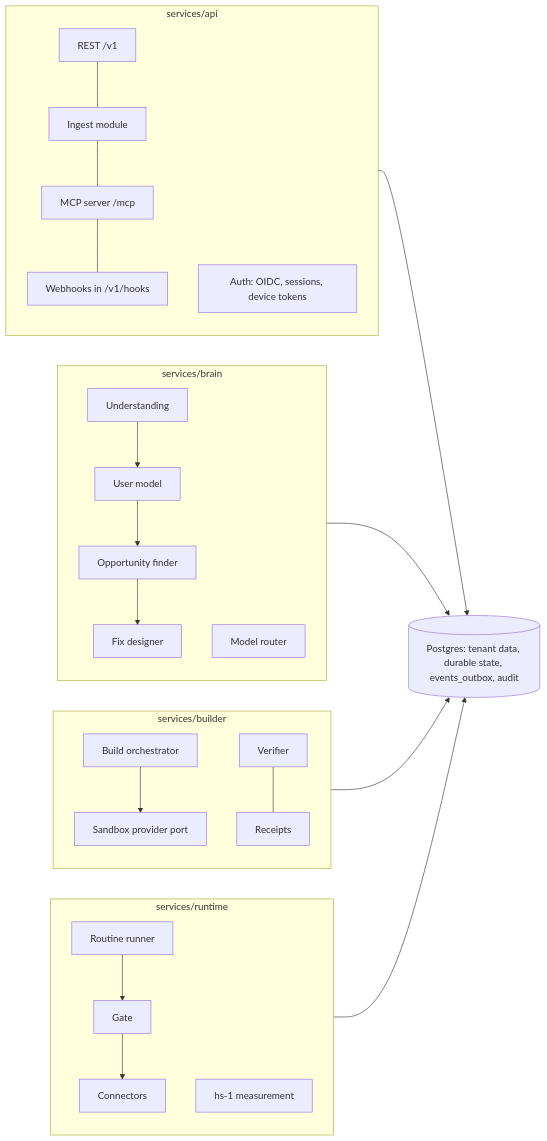
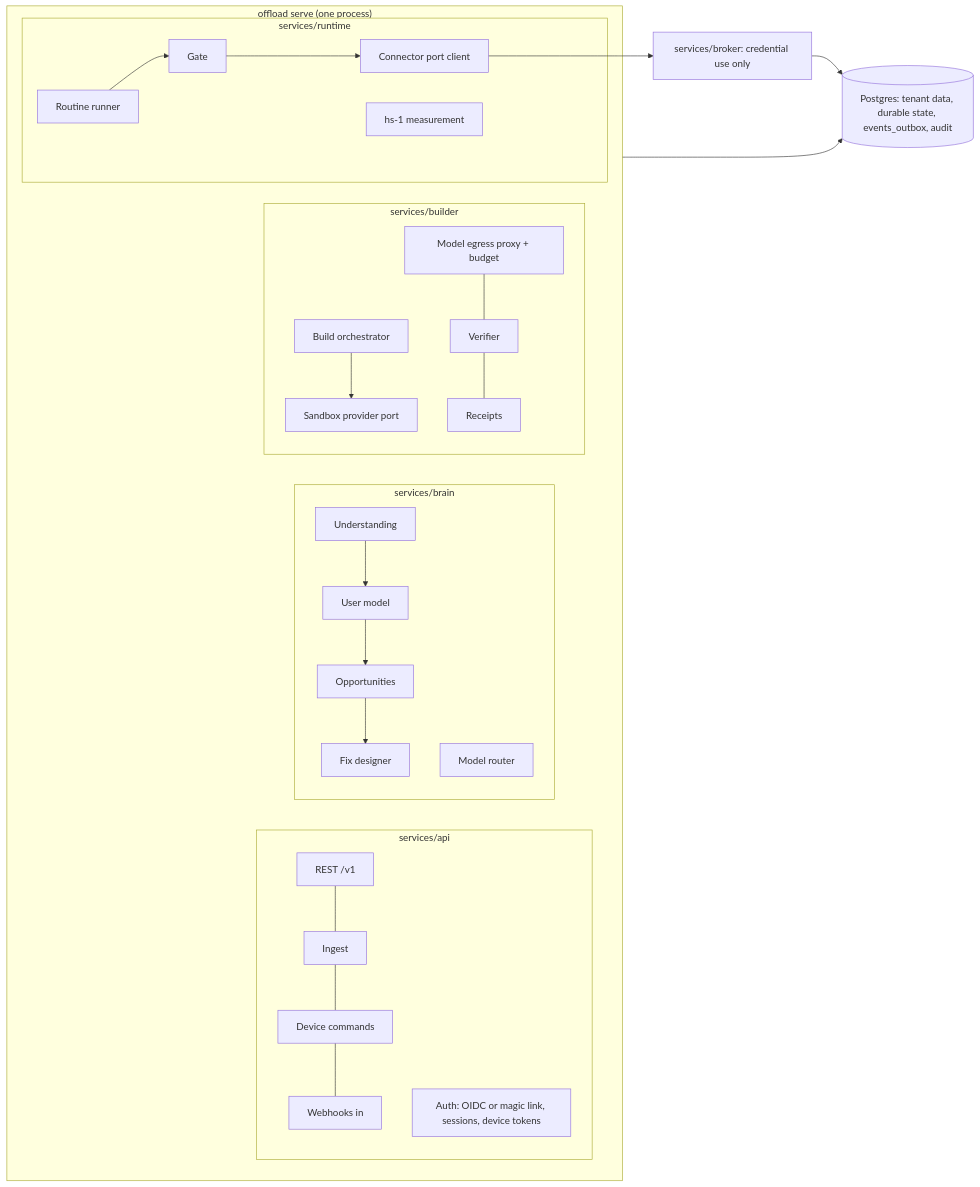
Before and after one commit to tabani-png/offload-v2: the third of 21 diagrams in docs/ARCHITECTURE.md, drawn with Mermaid. The commit also changed other lines of this file and 11 other files, not shown here.

Commit message:
docs: architecture, data model, API, roadmap, open questions OQ-23 to OQ-26, glossary, README, agent rules (Claude Code standing rule)

````diff
--- a/docs/ARCHITECTURE.md
+++ b/docs/ARCHITECTURE.md
@@ -111,24 +175,26 @@
 ```mermaid
 flowchart LR
-  subgraph api[services/api]
-    R[REST /v1] --- IN[Ingest module] --- MCP[MCP server /mcp] --- WH[Webhooks in /v1/hooks]
-    AUTH[Auth: OIDC, sessions, device tokens]
+  subgraph serve["offload serve (one process)"]
+    subgraph api[services/api]
+      R[REST /v1] --- IN[Ingest] --- DC[Device commands] --- WH[Webhooks in]
+      AUTH[Auth: OIDC or magic link, sessions, device tokens]
+    end
+    subgraph brain[services/brain]
+      U[Understanding] --> UM[User model] --> OF[Opportunities] --> FD[Fix designer]
+      MR[Model router]
+    end
+    subgraph builder[services/builder]
+      BO[Build orchestrator] --> SP[Sandbox provider port]
+      EP[Model egress proxy + budget] --- VF[Verifier] --- RC[Receipts]
+    end
+    subgraph runtime[services/runtime]
+      RR[Routine runner] --> G[Gate] --> CP[Connector port client]
+      MS[hs-1 measurement]
+    end
   end
-  subgraph brain[services/brain]
-    U[Understanding] --> UM[User model] --> OF[Opportunity finder] --> FD[Fix designer]
-    MR[Model router]
-  end
-  subgraph builder[services/builder]
-    BO[Build orchestrator] --> SP[Sandbox provider port]
-    VF[Verifier] --- RC[Receipts]
-  end
-  subgraph runtime[services/runtime]
-    RR[Routine runner] --> G[Gate] --> CN[Connectors]
-    MS[hs-1 measurement]
-  end
+  BRK[services/broker: credential use only]
   PG[(Postgres: tenant data, durable state, events_outbox, audit)]
-  api --> PG
-  brain --> PG
-  builder --> PG
-  runtime --> PG
+  serve --> PG
+  CP --> BRK
+  BRK --> PG
 ```
````
